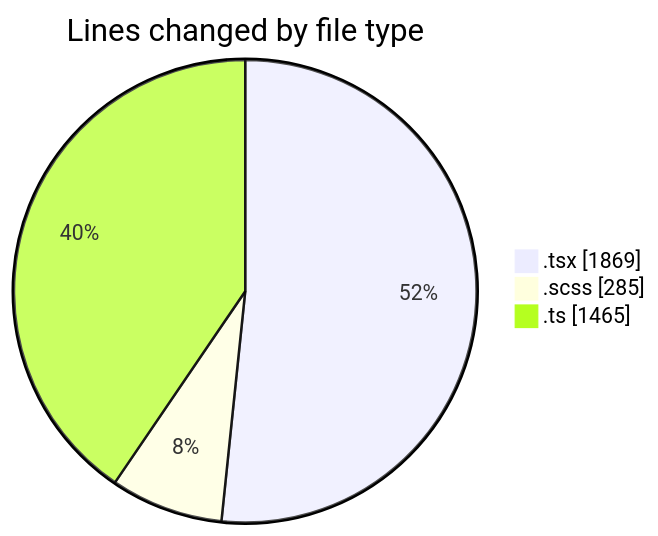
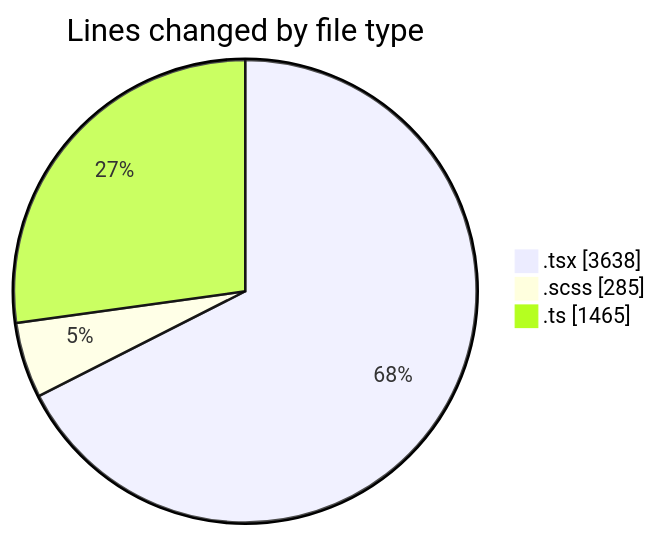
The first of 2 diagrams in 2026-02-25/cda/README.md (momahboobian/code-tracking), drawn with Mermaid before and after one commit. The commit also changed other lines of this file and 1 other file, not shown here.

````diff
--- a/2026-02-25/cda/README.md
+++ b/2026-02-25/cda/README.md
@@ -25,7 +26,7 @@
 ```mermaid
 pie showData
 title Lines changed by file type
-".tsx" : 1869
+".tsx" : 3638
 ".scss" : 285
 ".ts" : 1465
 ```
````
